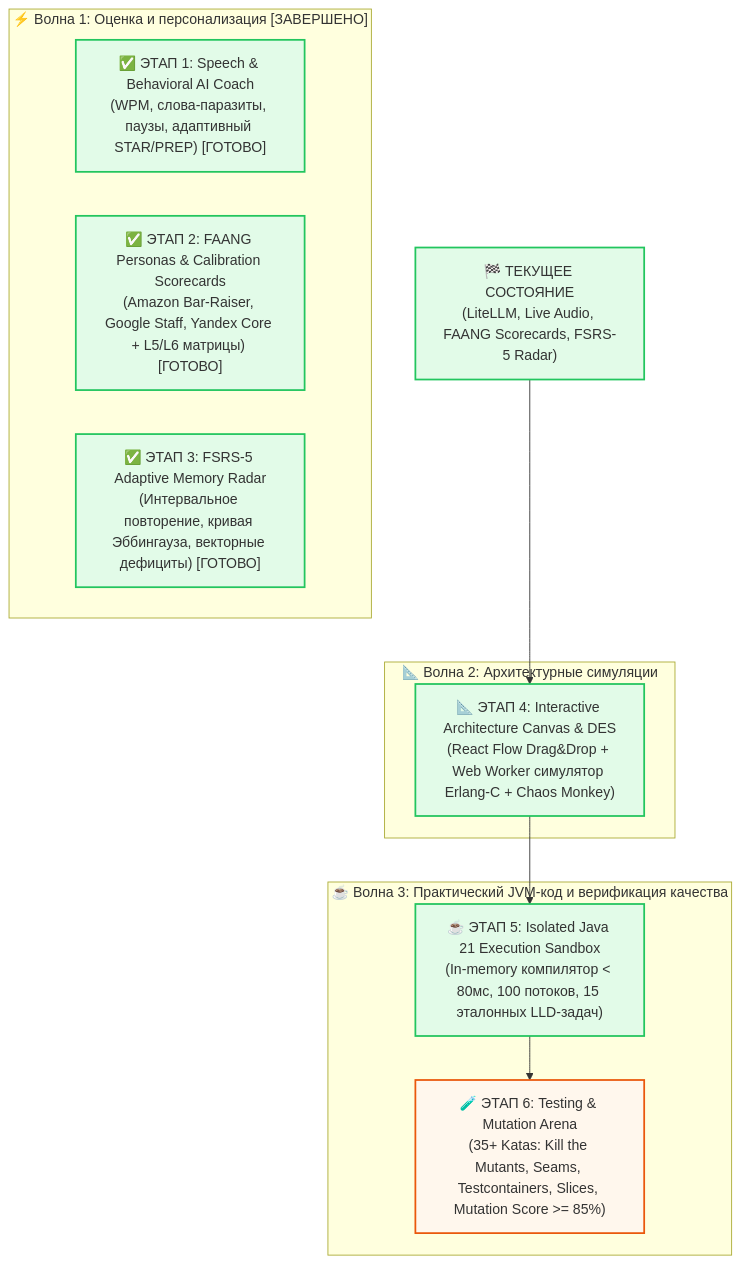
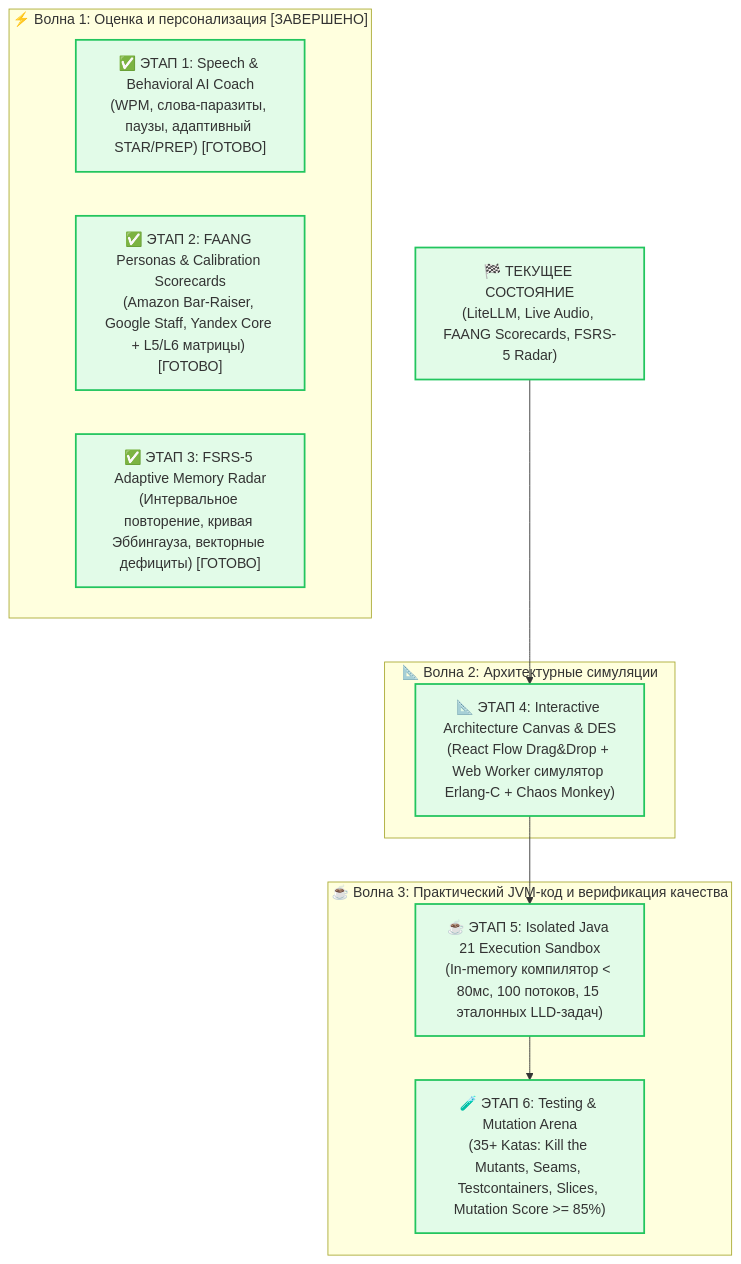
Before and after one commit to iliaIz/interview_tutor: the diagram in docs/roadmap/00_MASTER_ROADMAP.md, drawn with Mermaid. The commit also changed other lines of this file, not shown here.

Commit message:
docs(roadmap): mark Phase 6 as completed in master roadmap

````diff
--- a/docs/roadmap/00_MASTER_ROADMAP.md
+++ b/docs/roadmap/00_MASTER_ROADMAP.md
@@ -27,30 +27,29 @@
 ```mermaid
 flowchart TD
     Current["🏁 ТЕКУЩЕЕ СОСТОЯНИЕ\n(LiteLLM, Live Audio, FAANG Scorecards, FSRS-5 Radar)"]
 
     subgraph Wave1 ["⚡ Волна 1: Оценка и персонализация [ЗАВЕРШЕНО]"]
         Phase1["✅ ЭТАП 1: Speech & Behavioral AI Coach\n(WPM, слова-паразиты, паузы, адаптивный STAR/PREP) [ГОТОВО]"]
         Phase2["✅ ЭТАП 2: FAANG Personas & Calibration Scorecards\n(Amazon Bar-Raiser, Google Staff, Yandex Core + L5/L6 матрицы) [ГОТОВО]"]
         Phase3["✅ ЭТАП 3: FSRS-5 Adaptive Memory Radar\n(Интервальное повторение, кривая Эббингауза, векторные дефициты) [ГОТОВО]"]
     end
 
     subgraph Wave2 ["📐 Волна 2: Архитектурные симуляции"]
         Phase4["📐 ЭТАП 4: Interactive Architecture Canvas & DES\n(React Flow Drag&Drop + Web Worker симулятор Erlang-C + Chaos Monkey)"]
     end
 
     subgraph Wave3 ["☕ Волна 3: Практический JVM-код и верификация качества"]
         Phase5["☕ ЭТАП 5: Isolated Java 21 Execution Sandbox\n(In-memory компилятор < 80мс, 100 потоков, 15 эталонных LLD-задач)"]
         Phase6["🧪 ЭТАП 6: Testing & Mutation Arena\n(35+ Katas: Kill the Mutants, Seams, Testcontainers, Slices, Mutation Score >= 85%)"]
     end
 
     Current --> Phase4
     Phase4 --> Phase5
     Phase5 --> Phase6
 
     classDef done fill:#e2fbe8,stroke:#22c55e,stroke-width:2px;
     classDef currentPhase fill:#fff7ed,stroke:#ea580c,stroke-width:2px;
     classDef queued fill:#f0f9ff,stroke:#0284c7,stroke-width:2px;
 
-    class Current,Phase1,Phase2,Phase3,Phase4,Phase5 done;
-    class Phase6 currentPhase;
+    class Current,Phase1,Phase2,Phase3,Phase4,Phase5,Phase6 done;
 ```
````
